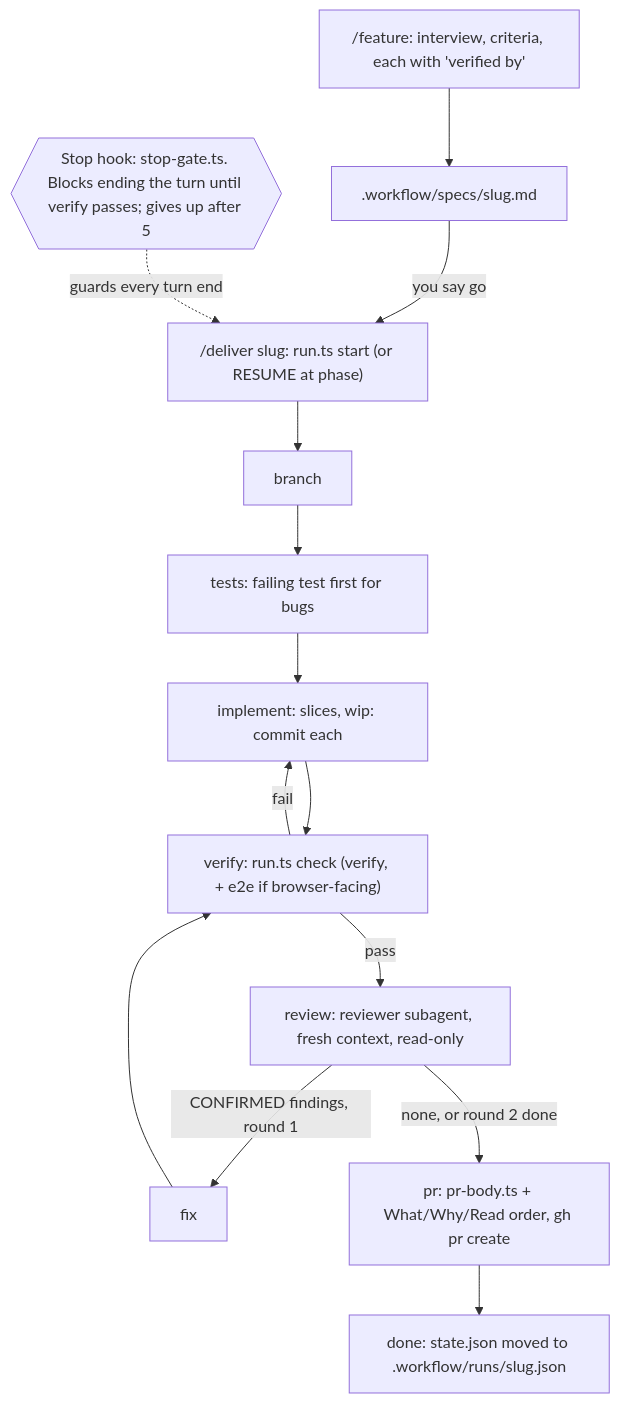
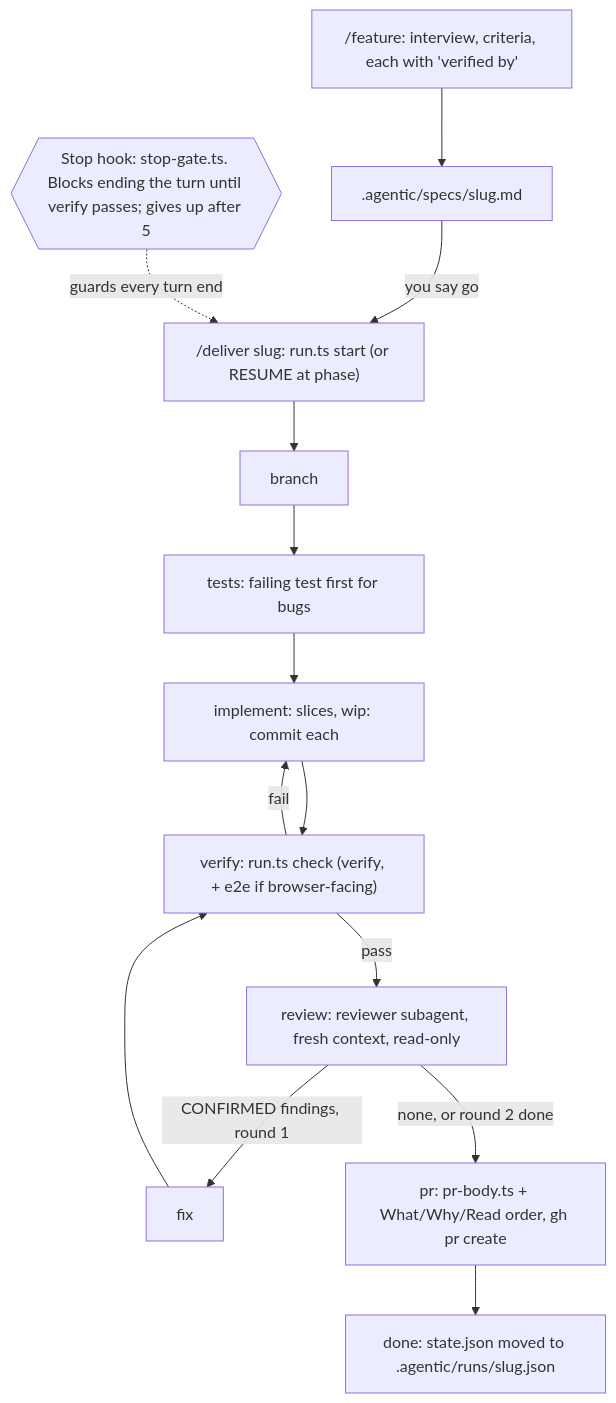
One commit to hinoahlee/launchpad changed the diagram in docs/agentic-workflow.md. Above: the diagram before and after it, drawn with Mermaid. The commit also changed other lines of this file and 10 other files, not shown here.

````diff
--- a/docs/agentic-workflow.md
+++ b/docs/agentic-workflow.md
@@ -38,13 +38,13 @@
 ```mermaid
 flowchart TD
-  A["/feature: interview, criteria, each with 'verified by'"] --> B[".workflow/specs/slug.md"]
+  A["/feature: interview, criteria, each with 'verified by'"] --> B[".agentic/specs/slug.md"]
   B -->|you say go| C["/deliver slug: run.ts start (or RESUME at phase)"]
   C --> D[branch] --> E["tests: failing test first for bugs"] --> F["implement: slices, wip: commit each"]
   F --> G["verify: run.ts check (verify, + e2e if browser-facing)"]
   G -->|fail| F
   G -->|pass| H["review: reviewer subagent, fresh context, read-only"]
   H -->|CONFIRMED findings, round 1| I[fix] --> G
   H -->|none, or round 2 done| J["pr: pr-body.ts + What/Why/Read order, gh pr create"]
-  J --> K["done: state.json moved to .workflow/runs/slug.json"]
+  J --> K["done: state.json moved to .agentic/runs/slug.json"]
   S{{"Stop hook: stop-gate.ts. Blocks ending the turn until verify passes; gives up after 5"}} -.guards every turn end.-> C
 ```
````
